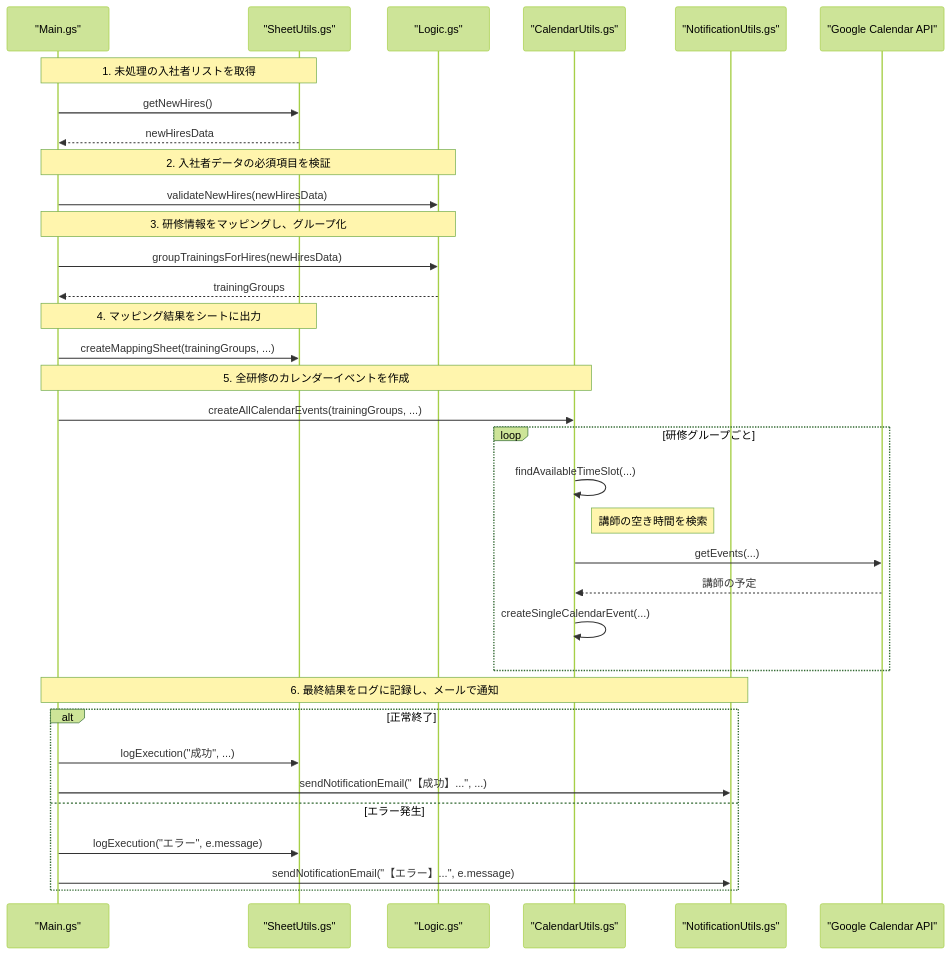
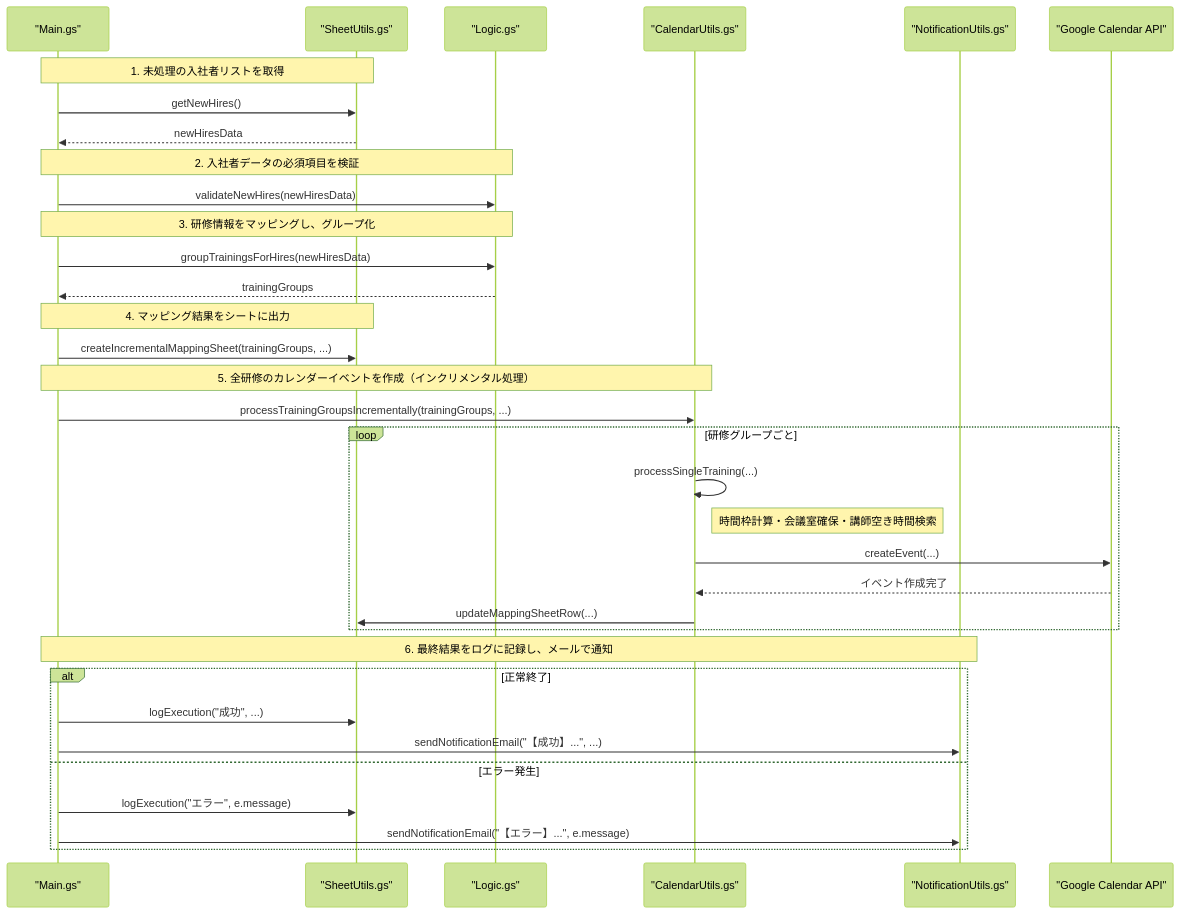
One commit to YutaImai-FLUX/flux_onb_automate changed the fourth of 10 diagrams in gas_calendar_automation.md. Above: the diagram before and after it, drawn with Mermaid (forest theme). The commit also changed other lines of this file, not shown here.

````diff
--- a/gas_calendar_automation.md
+++ b/gas_calendar_automation.md
@@ -219,44 +231,43 @@
 ```mermaid
 sequenceDiagram
     participant Main as "Main.gs"
     participant SheetUtils as "SheetUtils.gs"
     participant Logic as "Logic.gs"
     participant CalendarUtils as "CalendarUtils.gs"
     participant NotificationUtils as "NotificationUtils.gs"
     participant GCalendar as "Google Calendar API"
 
     Note over Main, SheetUtils: 1. 未処理の入社者リストを取得
     Main->>SheetUtils: getNewHires()
     SheetUtils-->>Main: newHiresData
     
     Note over Main, Logic: 2. 入社者データの必須項目を検証
     Main->>Logic: validateNewHires(newHiresData)
     
     Note over Main, Logic: 3. 研修情報をマッピングし、グループ化
     Main->>Logic: groupTrainingsForHires(newHiresData)
     Logic-->>Main: trainingGroups
     
     Note over Main, SheetUtils: 4. マッピング結果をシートに出力
-    Main->>SheetUtils: createMappingSheet(trainingGroups, ...)
+    Main->>SheetUtils: createIncrementalMappingSheet(trainingGroups, ...)
     
-    Note over Main, CalendarUtils: 5. 全研修のカレンダーイベントを作成
-    Main->>CalendarUtils: createAllCalendarEvents(trainingGroups, ...)
+    Note over Main, CalendarUtils: 5. 全研修のカレンダーイベントを作成（インクリメンタル処理）
+    Main->>CalendarUtils: processTrainingGroupsIncrementally(trainingGroups, ...)
     
     loop 研修グループごと
-        CalendarUtils->>CalendarUtils: findAvailableTimeSlot(...)
-        Note right of CalendarUtils: 講師の空き時間を検索
-        CalendarUtils->>GCalendar: getEvents(...)
-        GCalendar-->>CalendarUtils: 講師の予定
-        
-        CalendarUtils->>CalendarUtils: createSingleCalendarEvent(...)
+        CalendarUtils->>CalendarUtils: processSingleTraining(...)
+        Note right of CalendarUtils: 時間枠計算・会議室確保・講師空き時間検索
+        CalendarUtils->>GCalendar: createEvent(...)
+        GCalendar-->>CalendarUtils: イベント作成完了
+        CalendarUtils->>SheetUtils: updateMappingSheetRow(...)
     end
     
     Note over Main, NotificationUtils: 6. 最終結果をログに記録し、メールで通知
     alt 正常終了
         Main->>SheetUtils: logExecution("成功", ...)
         Main->>NotificationUtils: sendNotificationEmail("【成功】...", ...)
     else エラー発生
         Main->>SheetUtils: logExecution("エラー", e.message)
         Main->>NotificationUtils: sendNotificationEmail("【エラー】...", e.message)
     end
 ```
````
